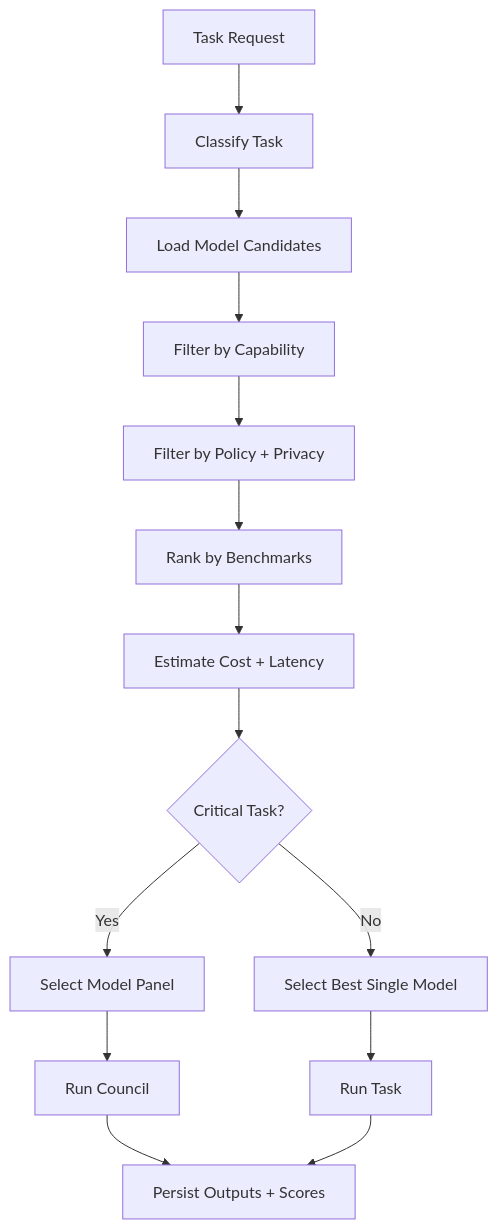
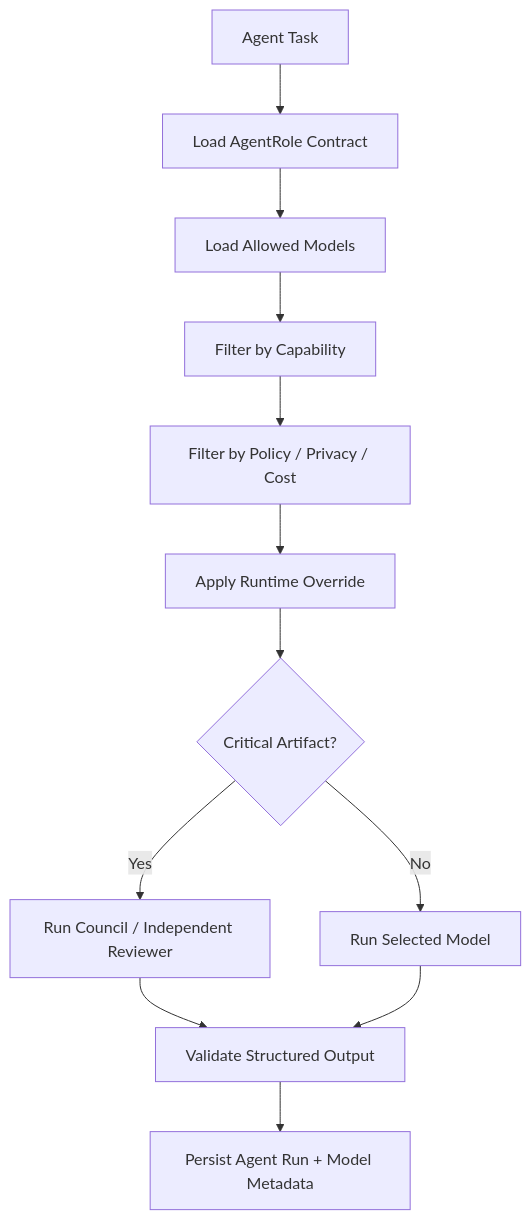
The second of 2 diagrams in docs/SYSTEM_BLUEPRINT.md (AnimusHQ/news), drawn with Mermaid before and after one commit. The commit also changed other lines of this file, not shown here.

````diff
--- a/docs/SYSTEM_BLUEPRINT.md
+++ b/docs/SYSTEM_BLUEPRINT.md
@@ -158,16 +175,14 @@
 ```mermaid
 flowchart TD
-  A[Task Request] --> B[Classify Task]
-  B --> C[Load Model Candidates]
+  A[Agent Task] --> B[Load AgentRole Contract]
+  B --> C[Load Allowed Models]
   C --> D[Filter by Capability]
-  D --> E[Filter by Policy + Privacy]
-  E --> F[Rank by Benchmarks]
-  F --> G[Estimate Cost + Latency]
-  G --> H{Critical Task?}
-  H -->|Yes| I[Select Model Panel]
-  H -->|No| J[Select Best Single Model]
-  I --> K[Run Council]
-  J --> L[Run Task]
-  K --> M[Persist Outputs + Scores]
-  L --> M
+  D --> E[Filter by Policy / Privacy / Cost]
+  E --> F[Apply Runtime Override]
+  F --> G{Critical Artifact?}
+  G -->|Yes| H[Run Council / Independent Reviewer]
+  G -->|No| I[Run Selected Model]
+  H --> J[Validate Structured Output]
+  I --> J
+  J --> K[Persist Agent Run + Model Metadata]
 ```
````
